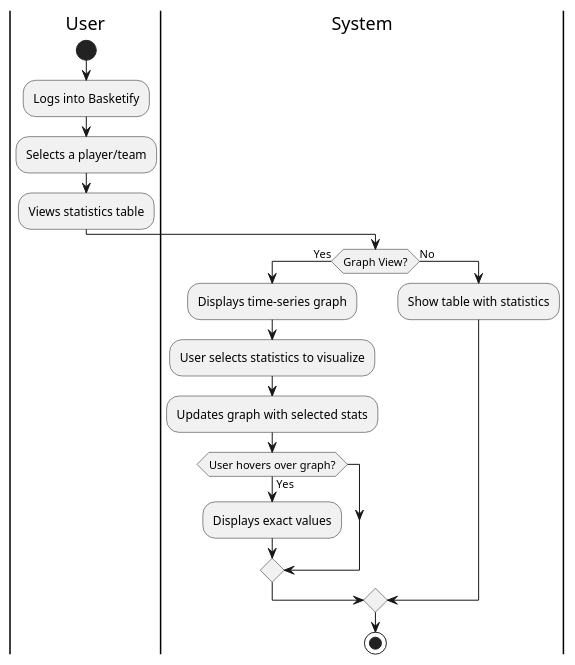
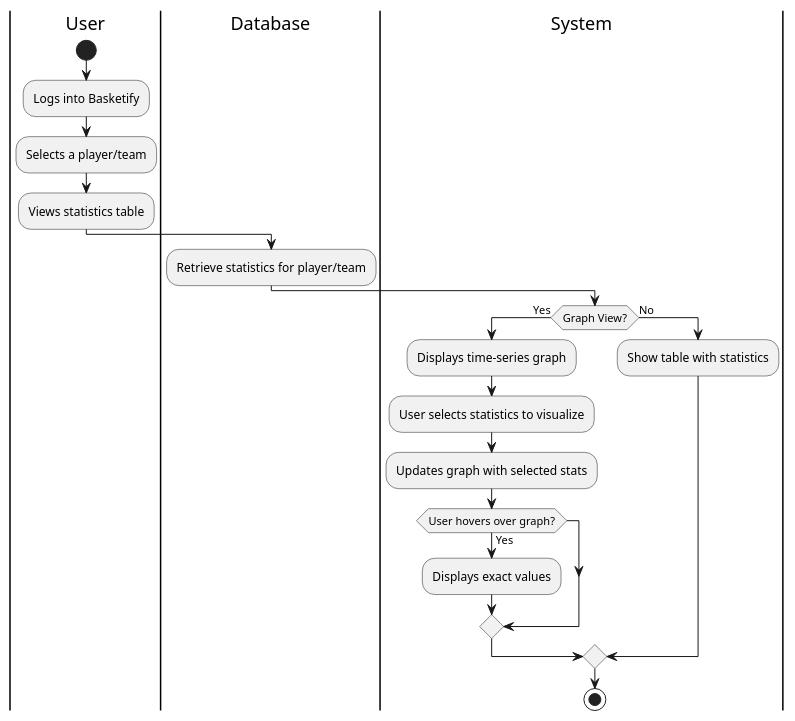
Before and after one commit to arongu321/Basketify_SBX: the fourth of 9 diagrams in diagrams/Activity/activity.puml, drawn with PlantUML. The commit also changed other lines of this file and 1 other file, not shown here.

Commit message:
Tweaks to ER and activity diagrams

```diff
--- a/diagrams/Activity/activity.puml
+++ b/diagrams/Activity/activity.puml
@@ -124,22 +166,25 @@
 @startuml DataVisualization
 |User|
 start
 :Logs into Basketify;
 :Selects a player/team;
 :Views statistics table;
+
+|Database|
+:Retrieve statistics for player/team;
 
 |System|
 if (Graph View?) then (Yes)
     :Displays time-series graph;
     :User selects statistics to visualize;
     
     |System|
     :Updates graph with selected stats;
     if (User hovers over graph?) then (Yes)
         :Displays exact values;
     endif
 else (No)
     :Show table with statistics;
 endif
 stop
 @enduml
```
